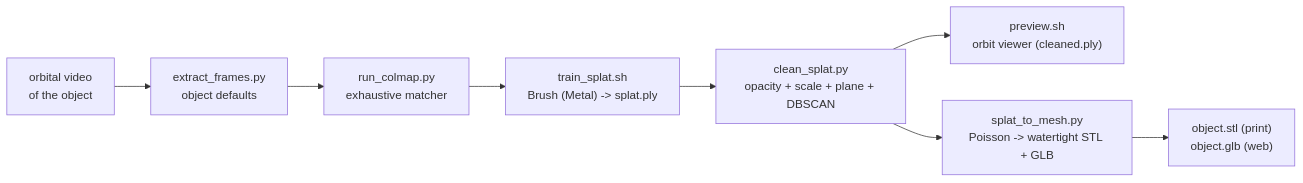
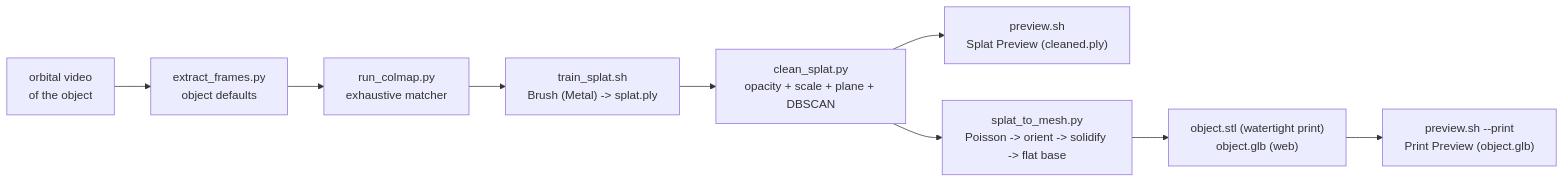
One commit to puntorigen/skills changed the diagram in object-to-3d/SKILL.md. Above: the diagram before and after it, drawn with Mermaid. The commit also changed other lines of this file and 6 other files, not shown here.

````diff
--- a/object-to-3d/SKILL.md
+++ b/object-to-3d/SKILL.md
@@ -32,10 +32,11 @@
 ```mermaid
 flowchart LR
   Mp4["orbital video<br/>of the object"] --> Ex["extract_frames.py<br/>object defaults"]
   Ex --> Colmap["run_colmap.py<br/>exhaustive matcher"]
   Colmap --> Brush["train_splat.sh<br/>Brush (Metal) -> splat.ply"]
   Brush --> Clean["clean_splat.py<br/>opacity + scale + plane + DBSCAN"]
-  Clean --> Prev["preview.sh<br/>orbit viewer (cleaned.ply)"]
-  Clean --> Mesh["splat_to_mesh.py<br/>Poisson -> watertight STL + GLB"]
-  Mesh --> Stl["object.stl (print)<br/>object.glb (web)"]
+  Clean --> Prev["preview.sh<br/>Splat Preview (cleaned.ply)"]
+  Clean --> Mesh["splat_to_mesh.py<br/>Poisson -> orient -> solidify -> flat base"]
+  Mesh --> Stl["object.stl (watertight print)<br/>object.glb (web)"]
+  Stl --> PrintPrev["preview.sh --print<br/>Print Preview (object.glb)"]
 ```
````
